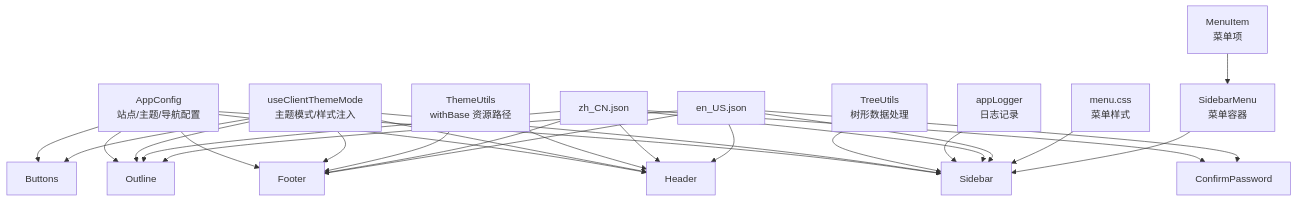
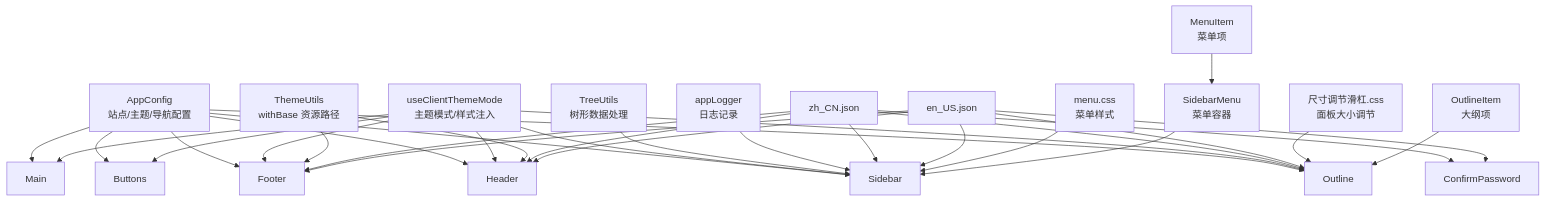
One commit to terwer/siyuan-plugin-blog changed the second of 13 diagrams in .qoder/repowiki/zh/content/核心功能/UI 组件系统/UI 组件系统.md. Above: the diagram before and after it, drawn with Mermaid. The commit also changed other lines of this file and 4 other files, not shown here.

````diff
--- a/.qoder/repowiki/zh/content/核心功能/UI 组件系统/UI 组件系统.md
+++ b/.qoder/repowiki/zh/content/核心功能/UI 组件系统/UI 组件系统.md
@@ -191,30 +219,34 @@
 ```mermaid
 graph TB
 AC["AppConfig<br/>站点/主题/导航配置"] --> H["Header"]
 AC --> F["Footer"]
 AC --> S["Sidebar"]
 AC --> O["Outline"]
 AC --> B["Buttons"]
+AC --> M["Main"]
 TM["useClientThemeMode<br/>主题模式/样式注入"] --> H
 TM --> F
 TM --> S
 TM --> O
 TM --> B
+TM --> M
 TU["ThemeUtils<br/>withBase 资源路径"] --> H
 TU --> F
 TR["TreeUtils<br/>树形数据处理"] --> S
 AL["appLogger<br/>日志记录"] --> S
 ZH["zh_CN.json"] --> H
 ZH --> F
 ZH --> S
 ZH --> O
 ZH --> CP["ConfirmPassword"]
 EN["en_US.json"] --> H
 EN --> F
 EN --> S
 EN --> O
 EN --> CP
 MCSS["menu.css<br/>菜单样式"] --> S
+SLIDER["尺寸调节滑杠.css<br/>面板大小调节"] --> O
 SM["SidebarMenu<br/>菜单容器"] --> S
 MI["MenuItem<br/>菜单项"] --> SM
+OI["OutlineItem<br/>大纲项"] --> O
 ```
````
